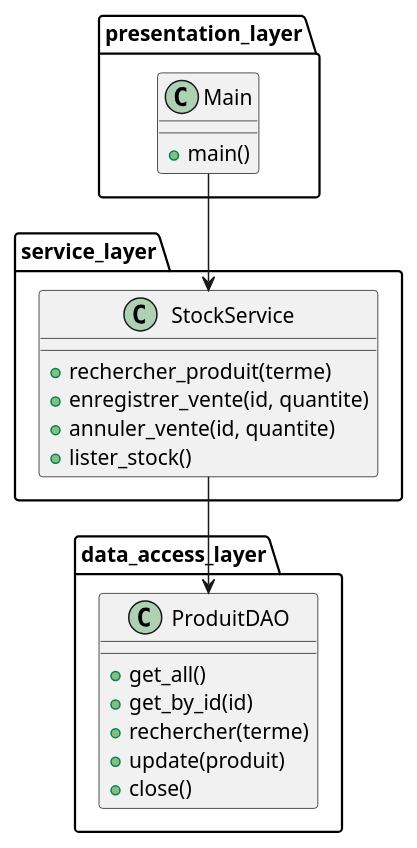
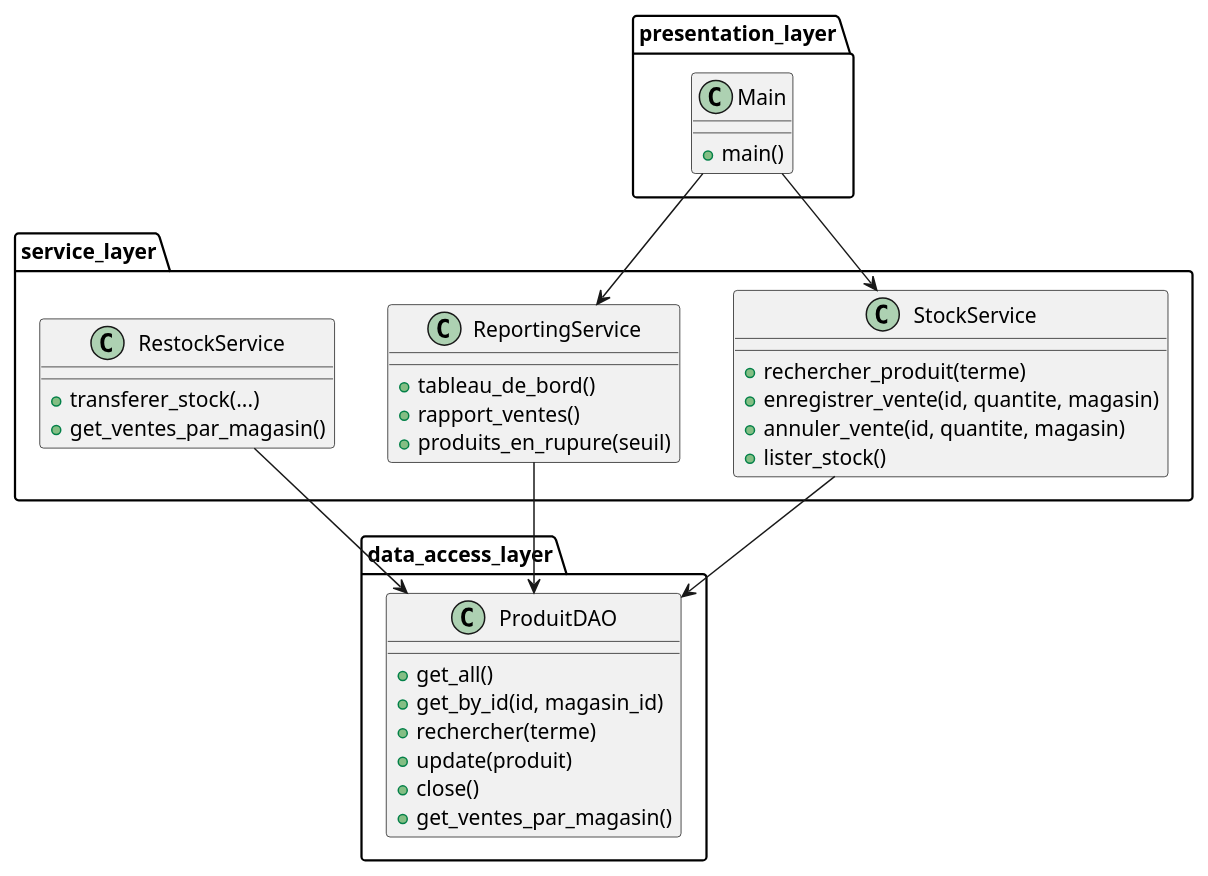
One commit to Ludo67/LOG430-Lab0 changed the diagram in docs/UML/class_diagram.puml. Above: the diagram before and after it, drawn with PlantUML. The commit also changed 19 other files, not shown here.

```diff
--- a/docs/UML/class_diagram.puml
+++ b/docs/UML/class_diagram.puml
@@ -1,31 +1,44 @@
 @startuml class_diagram
 
 package "data_access_layer" {
   class ProduitDAO {
     +get_all()
-    +get_by_id(id)
+    +get_by_id(id, magasin_id)
     +rechercher(terme)
     +update(produit)
     +close()
+    +get_ventes_par_magasin()
   }
 }
 
 package "service_layer" {
   class StockService {
     +rechercher_produit(terme)
-    +enregistrer_vente(id, quantite)
-    +annuler_vente(id, quantite)
+    +enregistrer_vente(id, quantite, magasin)
+    +annuler_vente(id, quantite, magasin)
     +lister_stock()
+  }
+  class ReportingService {
+    +tableau_de_bord()
+    +rapport_ventes()
+    +produits_en_rupure(seuil)
+  }
+  class RestockService {
+    +transferer_stock(...)
+    +get_ventes_par_magasin()
   }
 }
 
 package "presentation_layer" {
   class Main {
     +main()
   }
 }
 
 Main --> StockService
+Main --> ReportingService
 StockService --> ProduitDAO
+ReportingService --> ProduitDAO
+RestockService --> ProduitDAO
 
 @enduml
```
